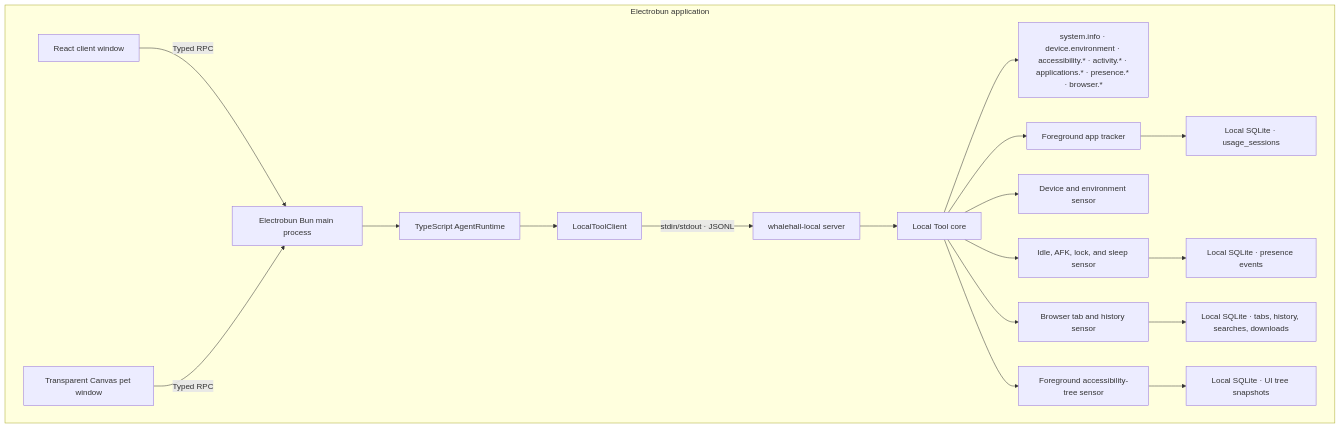
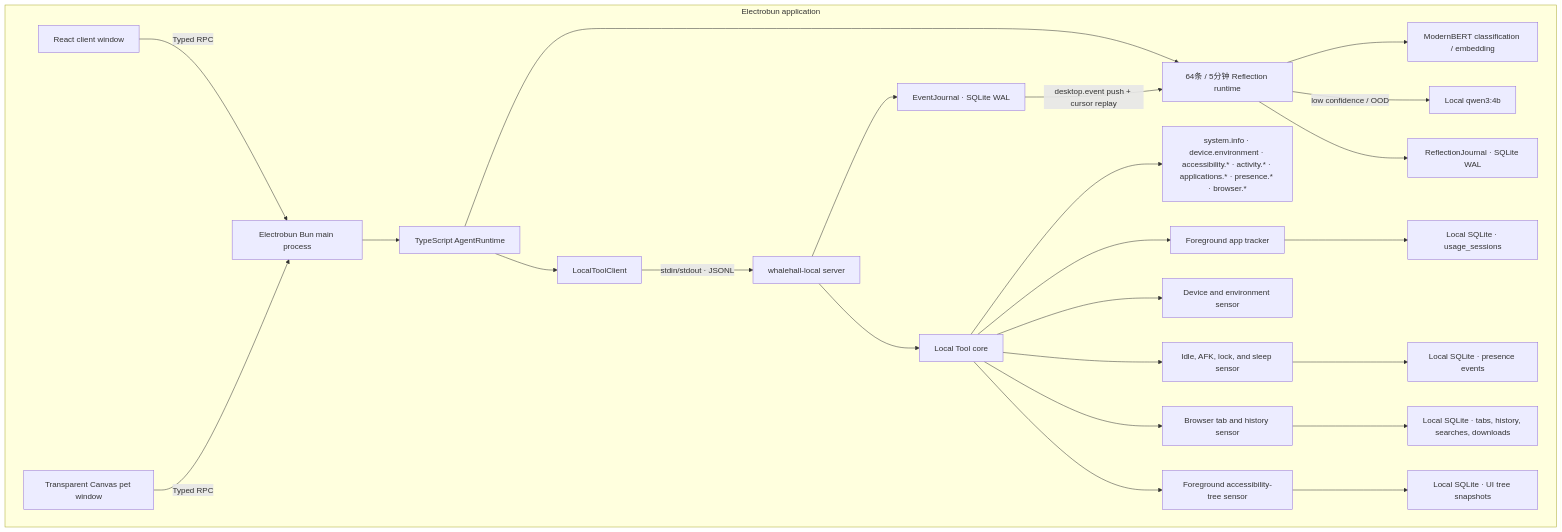
The diagram in README.md (Sea-Go/Sea-WhaleHall), drawn with Mermaid before and after one commit. The commit also changed other lines of this file and 1 other file, not shown here.

Commit message:
docs(agent): document reflection architecture

````diff
--- a/README.md
+++ b/README.md
@@ -11,21 +11,27 @@
 ```mermaid
 flowchart TB
   subgraph App["Electrobun application"]
     Client["React client window"] -->|"Typed RPC"| Bun["Electrobun Bun main process"]
     Pet["Transparent Canvas pet window"] -->|"Typed RPC"| Bun
     Bun --> Agent["TypeScript AgentRuntime"]
     Agent --> LocalClient["LocalToolClient"]
+    Agent --> Reflection["64条 / 5分钟 Reflection runtime"]
     LocalClient -->|"stdin/stdout · JSONL"| Server["whalehall-local server"]
+    Server --> EventJournal["EventJournal · SQLite WAL"]
+    EventJournal -->|"desktop.event push + cursor replay"| Reflection
+    Reflection --> ModernBERT["ModernBERT classification / embedding"]
+    Reflection -->|"low confidence / OOD"| Qwen["Local qwen3:4b"]
+    Reflection --> ReflectionJournal["ReflectionJournal · SQLite WAL"]
     Server --> Core["Local Tool core"]
     Core --> Tools["system.info · device.environment · accessibility.* · activity.* · applications.* · presence.* · browser.*"]
     Core --> Accessibility["Foreground accessibility-tree sensor"]
     Core --> DeviceSensor["Device and environment sensor"]
     Core --> Tracker["Foreground app tracker"]
     Core --> Presence["Idle, AFK, lock, and sleep sensor"]
     Core --> Browser["Browser tab and history sensor"]
     Tracker --> SQLite["Local SQLite · usage_sessions"]
     Presence --> PresenceSQLite["Local SQLite · presence events"]
     Browser --> BrowserSQLite["Local SQLite · tabs, history, searches, downloads"]
     Accessibility --> AccessibilitySQLite["Local SQLite · UI tree snapshots"]
   end
 ```
````
